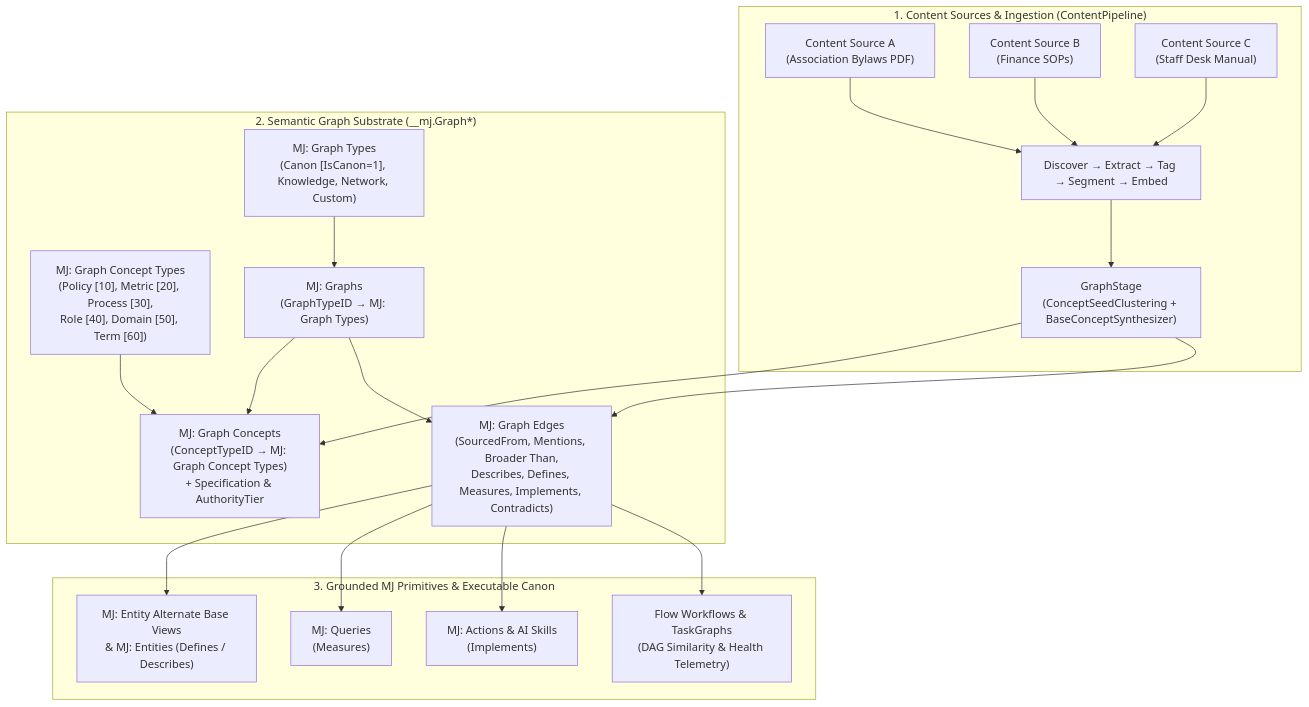
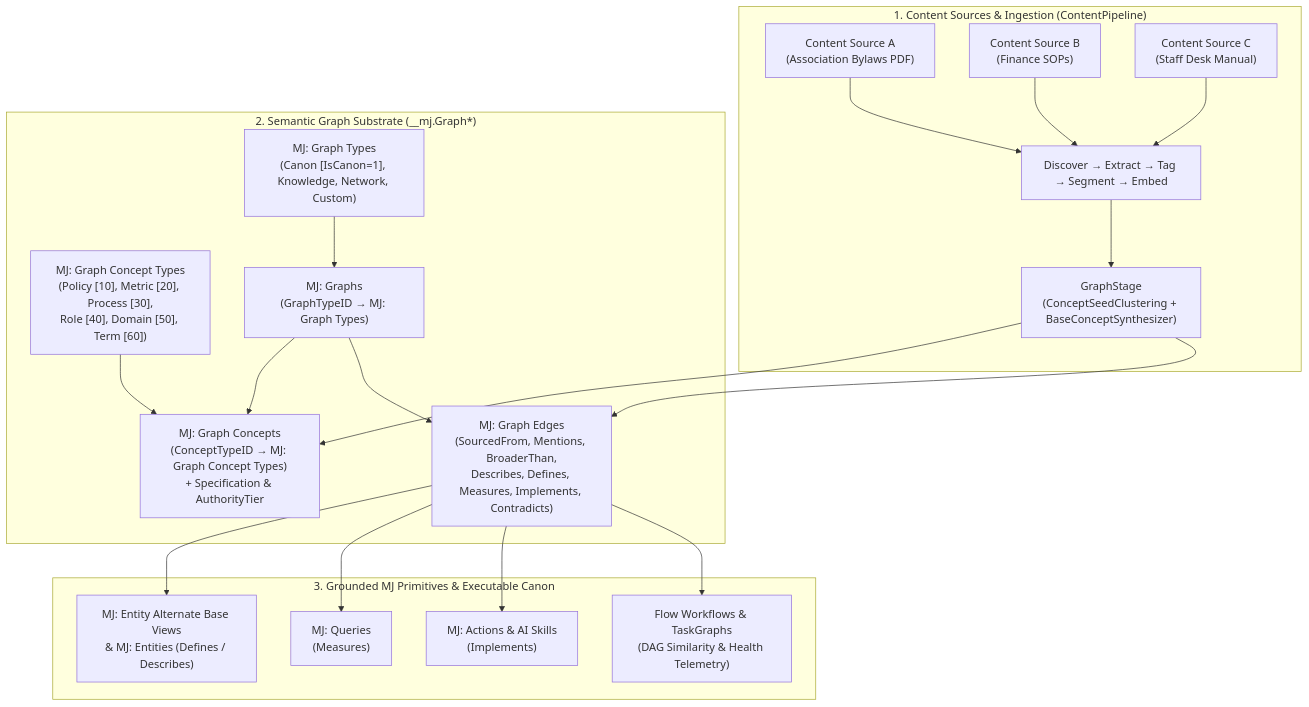
Before and after one commit to MemberJunction/MJ: the diagram in guides/CANON_AND_SEMANTIC_GRAPHS_GUIDE.md, drawn with Mermaid. The commit also changed other lines of this file and 83 other files, not shown here.

First line of the commit message:
MJ Docs in the semantic graph: auto-indexing, [[links]], Related tab, metadata-driven tiers and pluggable graph access policies (#6762)

````diff
--- a/guides/CANON_AND_SEMANTIC_GRAPHS_GUIDE.md
+++ b/guides/CANON_AND_SEMANTIC_GRAPHS_GUIDE.md
@@ -50,37 +50,37 @@
 ```mermaid
 flowchart TB
     subgraph "1. Content Sources & Ingestion (ContentPipeline)"
         CS1["Content Source A<br/>(Association Bylaws PDF)"]
         CS2["Content Source B<br/>(Finance SOPs)"]
         CS3["Content Source C<br/>(Staff Desk Manual)"]
         PIPE["Discover → Extract → Tag → Segment → Embed"]
         GSTG["GraphStage<br/>(ConceptSeedClustering + BaseConceptSynthesizer)"]
         CS1 & CS2 & CS3 --> PIPE --> GSTG
     end
 
     subgraph "2. Semantic Graph Substrate (__mj.Graph*)"
         GT["MJ: Graph Types<br/>(Canon [IsCanon=1], Knowledge, Network, Custom)"]
         GCT["MJ: Graph Concept Types<br/>(Policy [10], Metric [20], Process [30],<br/>Role [40], Domain [50], Term [60])"]
         G["MJ: Graphs<br/>(GraphTypeID → MJ: Graph Types)"]
         GC["MJ: Graph Concepts<br/>(ConceptTypeID → MJ: Graph Concept Types)<br/>+ Specification & AuthorityTier"]
-        GE["MJ: Graph Edges<br/>(SourcedFrom, Mentions, Broader Than,<br/>Describes, Defines, Measures, Implements, Contradicts)"]
+        GE["MJ: Graph Edges<br/>(SourcedFrom, Mentions, BroaderThan,<br/>Describes, Defines, Measures, Implements, Contradicts)"]
         GT --> G
         G --> GC
         GCT --> GC
         G --> GE
     end
 
     subgraph "3. Grounded MJ Primitives & Executable Canon"
         ABV["MJ: Entity Alternate Base Views<br/>& MJ: Entities (Defines / Describes)"]
         QRY["MJ: Queries<br/>(Measures)"]
         ACT["MJ: Actions & AI Skills<br/>(Implements)"]
         WF["Flow Workflows & TaskGraphs<br/>(DAG Similarity & Health Telemetry)"]
     end
 
     GSTG --> GC
     GSTG --> GE
     GE --> ABV
     GE --> QRY
     GE --> ACT
     GE --> WF
 ```
````
